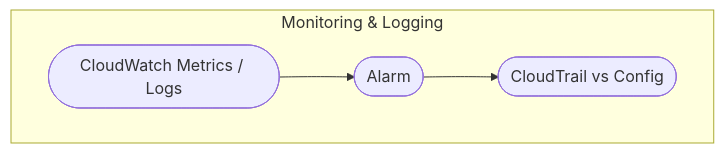
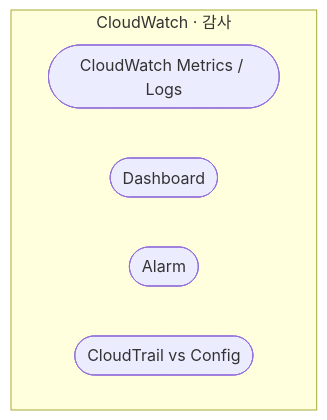
Before and after one commit to gwonmin/QuizNox_front: the fifth of 5 diagrams in public/handbook/aws-common/overview.md, drawn with Mermaid. The commit also changed other lines of this file and 125 other files, not shown here.

````diff
--- a/public/handbook/aws-common/overview.md
+++ b/public/handbook/aws-common/overview.md
@@ -77,10 +77,9 @@
 ```mermaid
 flowchart TB
-  subgraph mon [Monitoring & Logging]
+  subgraph mon [CloudWatch · 감사]
     CW([CloudWatch Metrics / Logs])
+    DB([Dashboard])
     AL([Alarm])
     CT([CloudTrail vs Config])
   end
-  CW --> AL
-  AL --> CT
 ```
````
